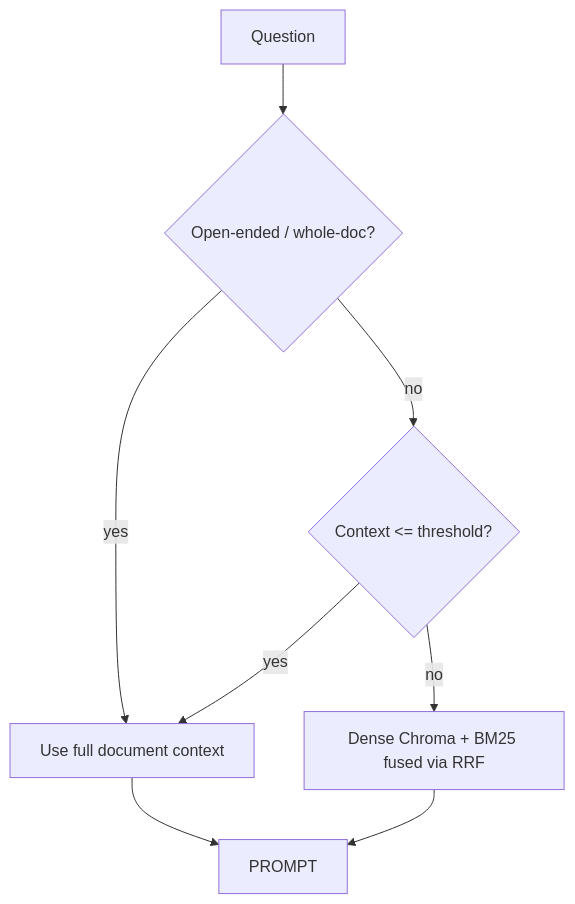
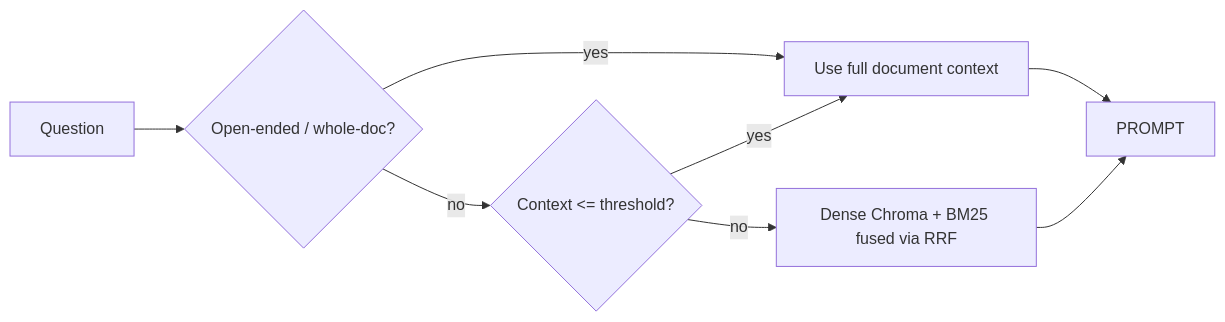
The third of 3 diagrams in README.md (raktimyoddha07/doc-counsel-ai), drawn with Mermaid before and after one commit. The commit also changed other lines of this file, not shown here.

````diff
--- a/README.md
+++ b/README.md
@@ -75,10 +69,10 @@
 ```mermaid
-flowchart TD
+flowchart LR
     Q[Question] --> OPEN{Open-ended / whole-doc?}
     OPEN -->|yes| FULL[Use full document context]
     OPEN -->|no| SIZE{Context <= threshold?}
     SIZE -->|yes| FULL
     SIZE -->|no| HYBRID[Dense Chroma + BM25 fused via RRF]
     HYBRID --> PROMPT
     FULL --> PROMPT
 ```
````
